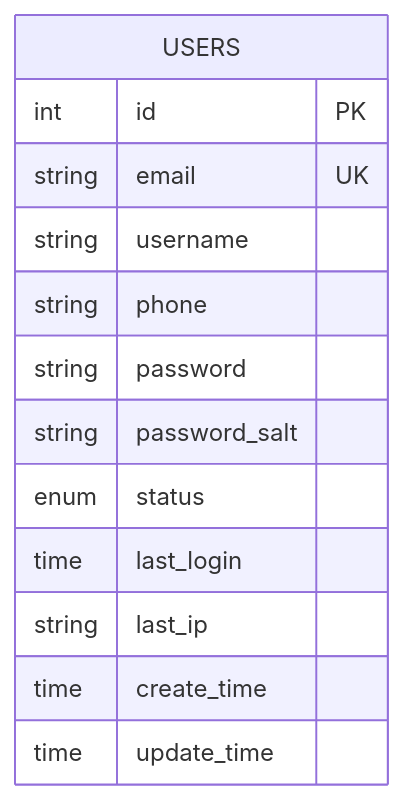
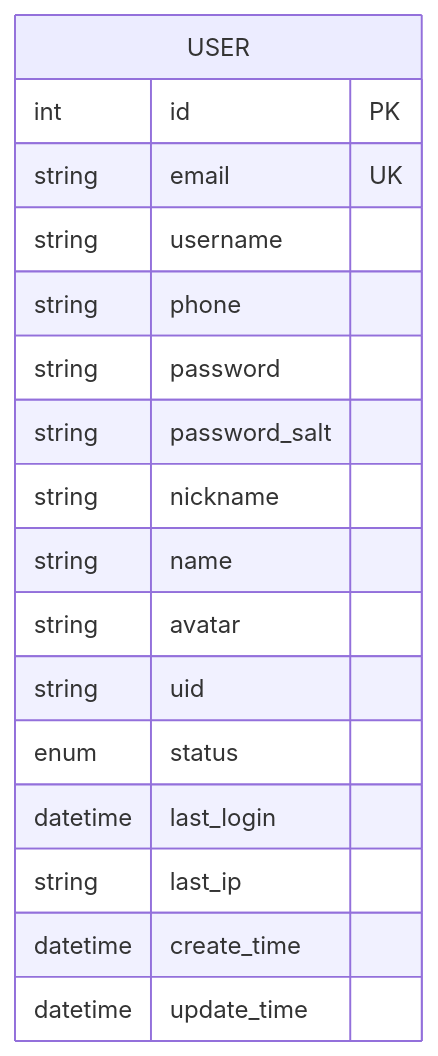
One commit to wuwuseo/e-sports-go-admin changed the third of 12 diagrams in .qoder/repowiki/zh/content/数据库设计/数据库设计.md. Above: the diagram before and after it, drawn with Mermaid. The commit also changed other lines of this file and 115 other files, not shown here.

````diff
--- a/.qoder/repowiki/zh/content/数据库设计/数据库设计.md
+++ b/.qoder/repowiki/zh/content/数据库设计/数据库设计.md
@@ -172,16 +179,20 @@
 ```mermaid
 erDiagram
-USERS {
+USER {
 int id PK
 string email UK
 string username
 string phone
 string password
 string password_salt
+string nickname
+string name
+string avatar
+string uid
 enum status
-time last_login
+datetime last_login
 string last_ip
-time create_time
-time update_time
+datetime create_time
+datetime update_time
 }
 ```
````
